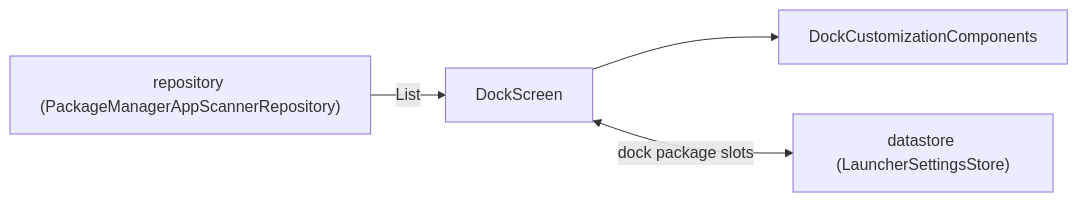
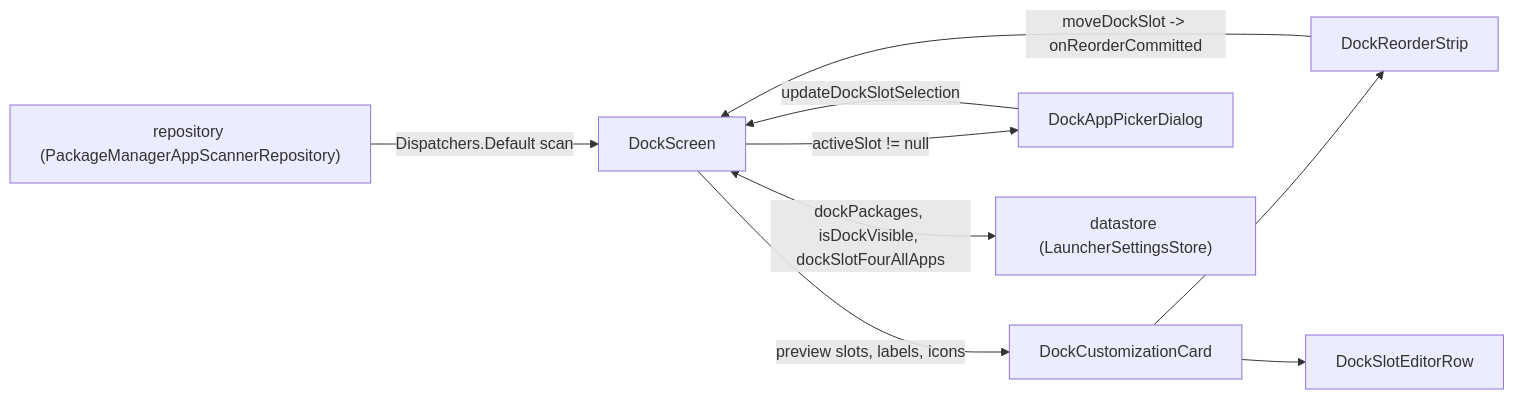
One commit to tyejaedon/Cover-Screen-OS changed the diagram in app/src/main/java/com/tyejaedon/coverscreenos/ui/customize/dock/README.md. Above: the diagram before and after it, drawn with Mermaid. The commit also changed other lines of this file and 157 other files, not shown here.

Commit message:
refactor: add documentation and readmes across all app modules and components

````diff
--- a/app/src/main/java/com/tyejaedon/coverscreenos/ui/customize/dock/README.md
+++ b/app/src/main/java/com/tyejaedon/coverscreenos/ui/customize/dock/README.md
@@ -14,6 +65,11 @@
 ```mermaid
 flowchart LR
-    Repo["repository (PackageManagerAppScannerRepository)"] -->|"List<AppModel>"| DockScreen["DockScreen"]
-    DockScreen --> Components["DockCustomizationComponents"]
-    DockScreen <-->|"dock package slots"| Store["datastore (LauncherSettingsStore)"]
+    Repo["repository (PackageManagerAppScannerRepository)"] -->|"Dispatchers.Default scan"| DockScreen["DockScreen"]
+    DockScreen -->|"preview slots, labels, icons"| Card["DockCustomizationCard"]
+    Card --> Strip["DockReorderStrip"]
+    Card --> Rows["DockSlotEditorRow"]
+    DockScreen -->|"activeSlot != null"| Dialog["DockAppPickerDialog"]
+    Strip -->|"moveDockSlot -> onReorderCommitted"| DockScreen
+    Dialog -->|"updateDockSlotSelection"| DockScreen
+    DockScreen <-->|"dockPackages, isDockVisible, dockSlotFourAllApps"| Store["datastore (LauncherSettingsStore)"]
 ```
````
